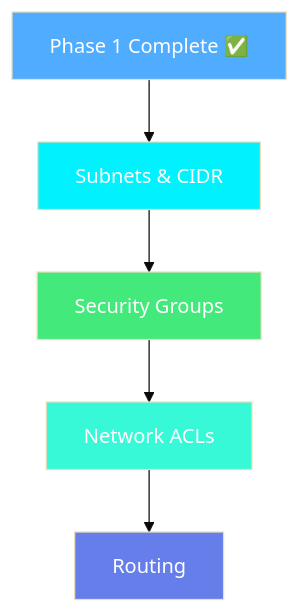
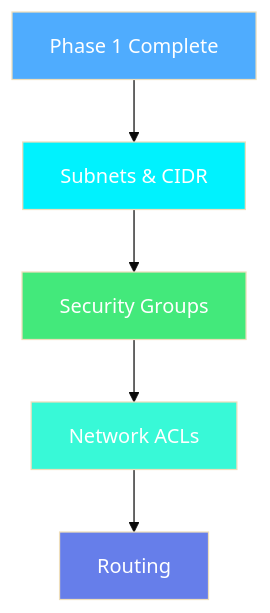
Before and after one commit to Khuzaima05/landing-zone-detailed: the second of 6 diagrams in docs-website/docs/learning-path.md, drawn with Mermaid (base theme). The commit also changed other lines of this file, not shown here.

Commit message:
fix: Correct Mermaid syntax errors in learning path diagrams

````diff
--- a/docs-website/docs/learning-path.md
+++ b/docs-website/docs/learning-path.md
@@ -43,12 +43,12 @@
 ```mermaid
 graph TD
-    A[Phase 1 Complete ✅] --> B[Subnets & CIDR]
-    B --> C[Security Groups]
-    C --> D[Network ACLs]
-    D --> E[Routing]
+    A["Phase 1 Complete"] --> B["Subnets & CIDR"]
+    B --> C["Security Groups"]
+    C --> D["Network ACLs"]
+    D --> E["Routing"]
     style A fill:#4facfe,color:#fff
     style B fill:#00f2fe,color:#fff
     style C fill:#43e97b,color:#fff
     style D fill:#38f9d7,color:#fff
     style E fill:#667eea,color:#fff
 ```
````
